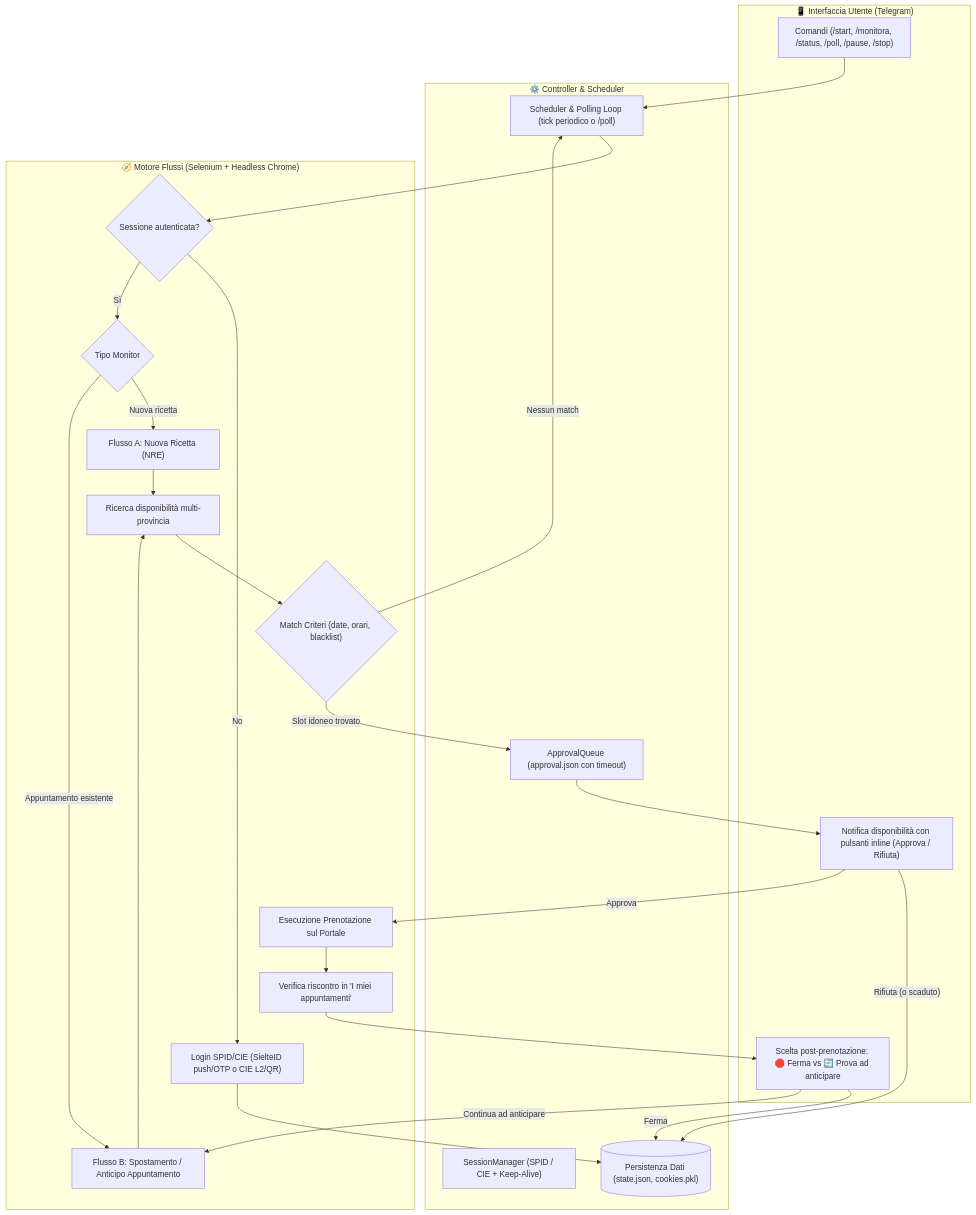
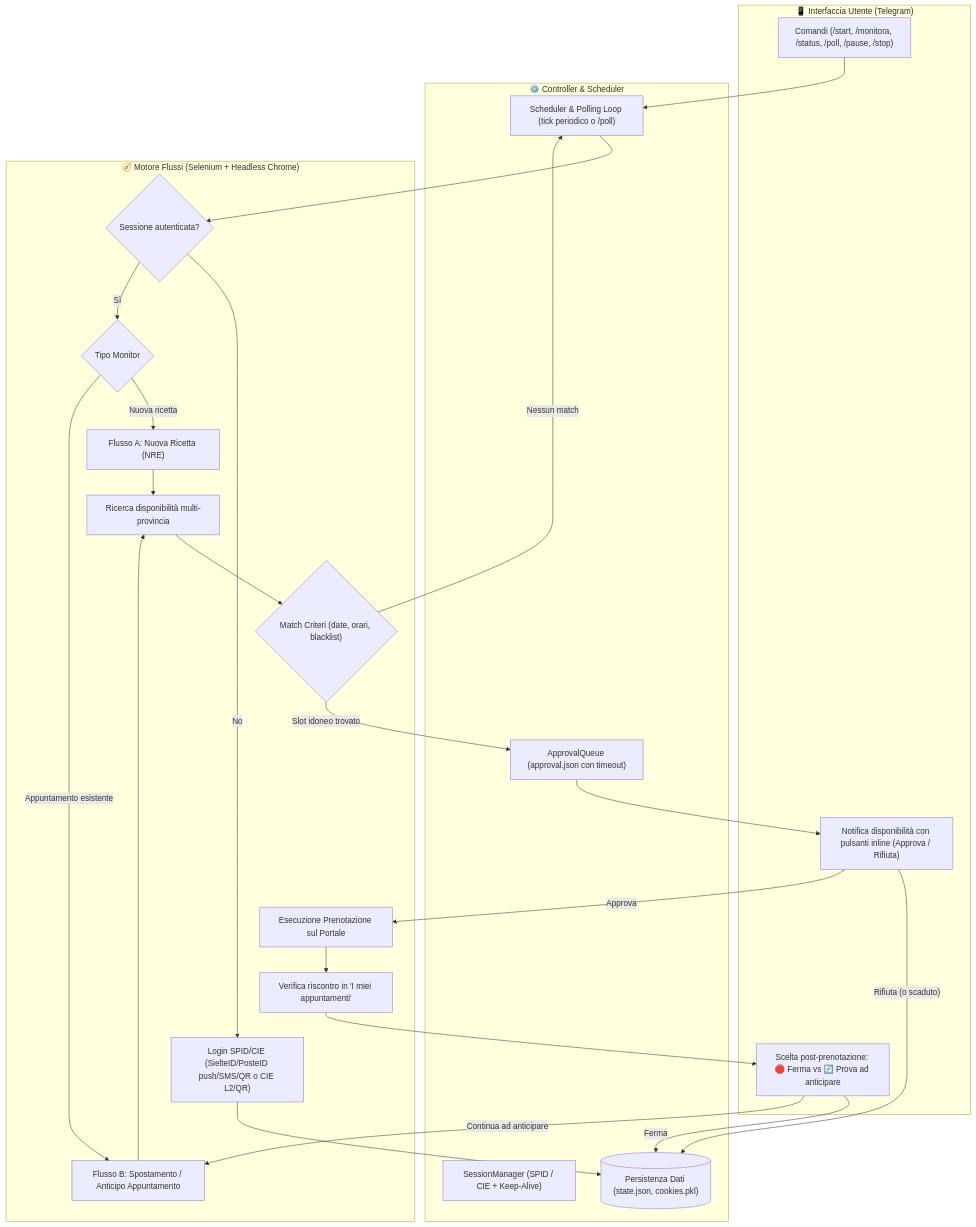
Before and after one commit to metagliatore/visita-subito: the diagram in README.md, drawn with Mermaid. The commit also changed other lines of this file and 9 other files, not shown here.

Commit message:
feat(auth): add robust SPID PosteID login with push, SMS OTP, and QR Code fallbacks

````diff
--- a/README.md
+++ b/README.md
@@ -59,52 +59,52 @@
 ```mermaid
 flowchart TD
     subgraph TG["📱 Interfaccia Utente (Telegram)"]
         CMD["Comandi (/start, /monitora, /status, /poll, /pause, /stop)"]
         NOTIF["Notifica disponibilità con pulsanti inline (Approva / Rifiuta)"]
         CONFIRM["Scelta post-prenotazione: 🛑 Ferma vs 🔄 Prova ad anticipare"]
     end
 
     subgraph CORE["⚙️ Controller & Scheduler"]
         SCHED["Scheduler & Polling Loop (tick periodico o /poll)"]
         SESS["SessionManager (SPID / CIE + Keep-Alive)"]
         QUEUE["ApprovalQueue (approval.json con timeout)"]
         STORE[("Persistenza Dati (state.json, cookies.pkl)")]
     end
 
     subgraph FLOWS["🧭 Motore Flussi (Selenium + Headless Chrome)"]
         AUTH_STEP{"Sessione autenticata?"}
-        LOGIN["Login SPID/CIE (SielteID push/OTP o CIE L2/QR)"]
+        LOGIN["Login SPID/CIE (SielteID/PosteID push/SMS/QR o CIE L2/QR)"]
         FLOW_TYPE{"Tipo Monitor"}
         FLOW_A["Flusso A: Nuova Ricetta (NRE)"]
         FLOW_B["Flusso B: Spostamento / Anticipo Appuntamento"]
         SEARCH["Ricerca disponibilità multi-provincia"]
         MATCH{"Match Criteri (date, orari, blacklist)"}
         EXEC["Esecuzione Prenotazione sul Portale"]
         VERIFY["Verifica riscontro in 'I miei appuntamenti'"]
     end
 
     CMD --> SCHED
     SCHED --> AUTH_STEP
     AUTH_STEP -- "No" --> LOGIN
     LOGIN --> STORE
     AUTH_STEP -- "Sì" --> FLOW_TYPE
 
     FLOW_TYPE -- "Nuova ricetta" --> FLOW_A
     FLOW_TYPE -- "Appuntamento esistente" --> FLOW_B
 
     FLOW_A --> SEARCH
     FLOW_B --> SEARCH
     SEARCH --> MATCH
 
     MATCH -- "Nessun match" --> SCHED
     MATCH -- "Slot idoneo trovato" --> QUEUE
 
     QUEUE --> NOTIF
     NOTIF -- "Rifiuta (o scaduto)" --> STORE
     NOTIF -- "Approva" --> EXEC
 
     EXEC --> VERIFY
     VERIFY --> CONFIRM
     CONFIRM -- "Ferma" --> STORE
     CONFIRM -- "Continua ad anticipare" --> FLOW_B
 ```
````
